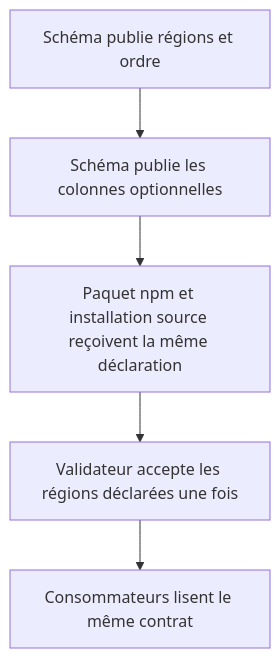
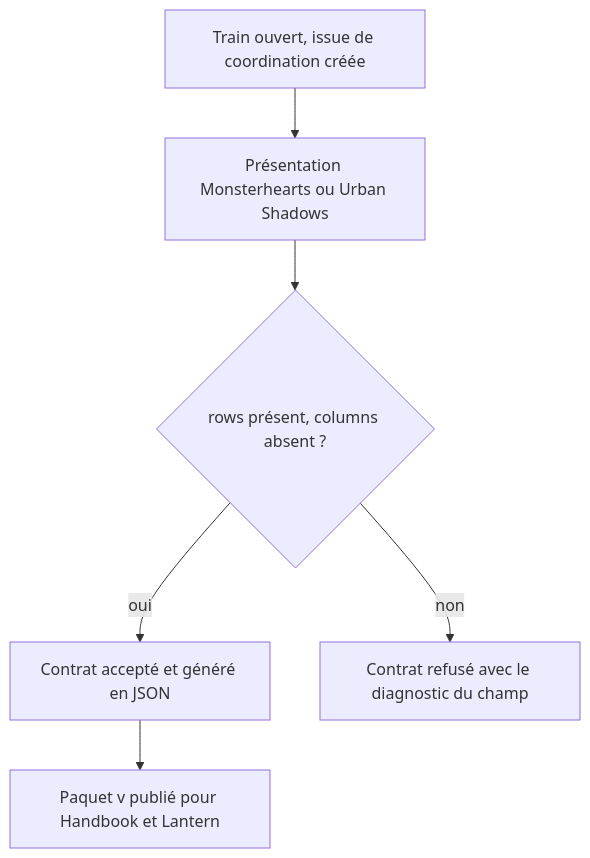
Before and after one commit to RebelliousSmile/obsidian-handbook: the first of 2 diagrams in aidd_docs/tasks/2026_09/2026_09_21_contract-declared-layout-regions/phase-1.md, drawn with Mermaid. The commit also changed other lines of this file and 11 other files, not shown here.

````diff
--- a/aidd_docs/tasks/2026_09/2026_09_21_contract-declared-layout-regions/phase-1.md
+++ b/aidd_docs/tasks/2026_09/2026_09_21_contract-declared-layout-regions/phase-1.md
@@ -26,7 +29,8 @@
 ```mermaid
 flowchart TD
-  A[Schéma publie régions et ordre] --> B[Schéma publie les colonnes optionnelles]
-  B --> C[Paquet npm et installation source reçoivent la même déclaration]
-  C --> D[Validateur accepte les régions déclarées une fois]
-  D --> E[Consommateurs lisent le même contrat]
+  T[Train ouvert, issue de coordination créée] --> A[Présentation Monsterhearts ou Urban Shadows]
+  A --> B{rows présent, columns absent ?}
+  B -- oui --> C[Contrat accepté et généré en JSON]
+  B -- non --> D[Contrat refusé avec le diagnostic du champ]
+  C --> E[Paquet v<N+1> publié pour Handbook et Lantern]
 ```
````
